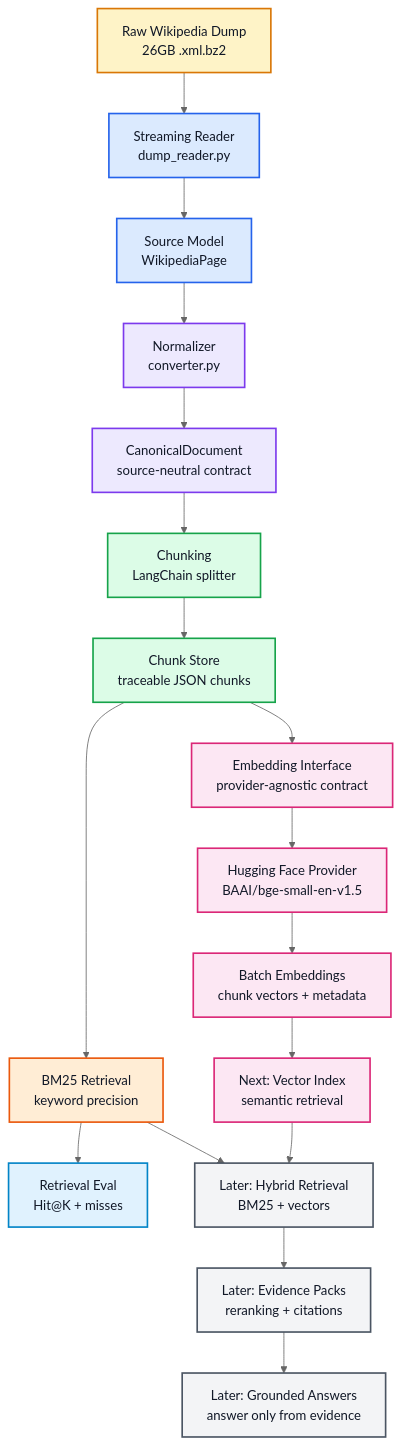
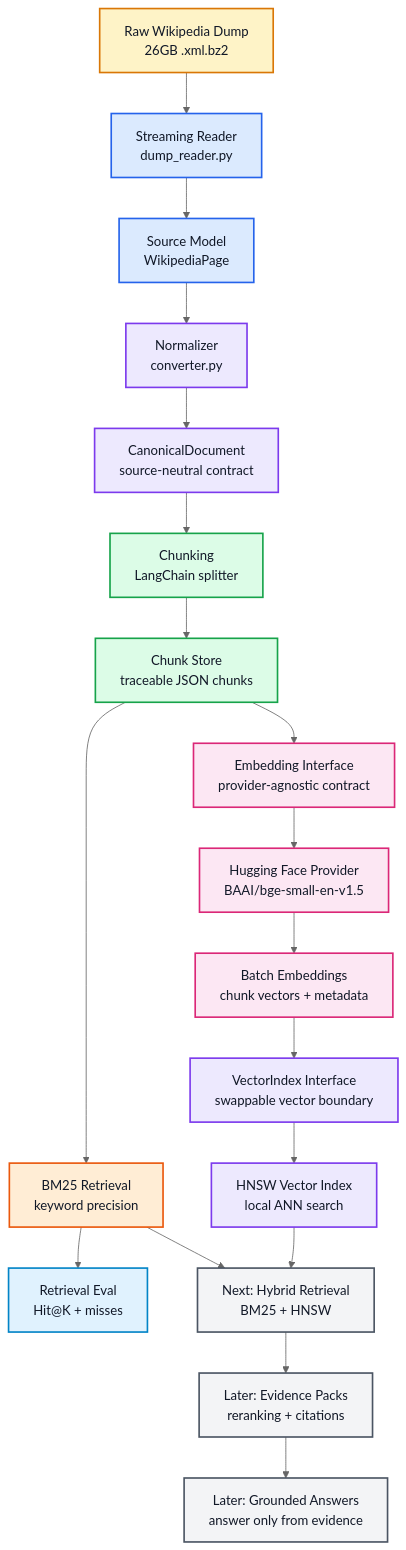
One commit to parasiitism/enterprise-rag-pipeline changed the diagram in README.md. Above: the diagram before and after it, drawn with Mermaid (neutral theme). The commit also changed other lines of this file and 7 other files, not shown here.

Commit message:
Add HNSW vector index

````diff
--- a/README.md
+++ b/README.md
@@ -122,37 +148,40 @@
 ```mermaid
 flowchart TD
     A["Raw Wikipedia Dump<br/>26GB .xml.bz2"] --> B["Streaming Reader<br/>dump_reader.py"]
     B --> C["Source Model<br/>WikipediaPage"]
     C --> D["Normalizer<br/>converter.py"]
     D --> E["CanonicalDocument<br/>source-neutral contract"]
     E --> F["Chunking<br/>LangChain splitter"]
     F --> G["Chunk Store<br/>traceable JSON chunks"]
     G --> H["BM25 Retrieval<br/>keyword precision"]
     H --> I["Retrieval Eval<br/>Hit@K + misses"]
     G --> J["Embedding Interface<br/>provider-agnostic contract"]
     J --> K["Hugging Face Provider<br/>BAAI/bge-small-en-v1.5"]
     K --> L["Batch Embeddings<br/>chunk vectors + metadata"]
-    L --> P["Next: Vector Index<br/>semantic retrieval"]
-    H --> M["Later: Hybrid Retrieval<br/>BM25 + vectors"]
-    P --> M
+    L --> P["VectorIndex Interface<br/>swappable vector boundary"]
+    P --> Q["HNSW Vector Index<br/>local ANN search"]
+    H --> M["Next: Hybrid Retrieval<br/>BM25 + HNSW"]
+    Q --> M
     M --> N["Later: Evidence Packs<br/>reranking + citations"]
     N --> O["Later: Grounded Answers<br/>answer only from evidence"]
 
     classDef raw fill:#FEF3C7,stroke:#D97706,color:#111827,stroke-width:2px;
     classDef ingest fill:#DBEAFE,stroke:#2563EB,color:#111827,stroke-width:2px;
     classDef normalize fill:#EDE9FE,stroke:#7C3AED,color:#111827,stroke-width:2px;
     classDef chunk fill:#DCFCE7,stroke:#16A34A,color:#111827,stroke-width:2px;
     classDef retrieval fill:#FFEDD5,stroke:#EA580C,color:#111827,stroke-width:2px;
     classDef eval fill:#E0F2FE,stroke:#0284C7,color:#111827,stroke-width:2px;
     classDef embed fill:#FCE7F3,stroke:#DB2777,color:#111827,stroke-width:2px;
+    classDef vector fill:#EDE9FE,stroke:#7C3AED,color:#111827,stroke-width:2px;
     classDef later fill:#F3F4F6,stroke:#4B5563,color:#111827,stroke-width:2px;
 
     class A raw;
     class B,C ingest;
     class D,E normalize;
     class F,G chunk;
     class H retrieval;
     class I eval;
-    class J,K,L,P embed;
+    class J,K,L embed;
+    class P,Q vector;
     class M,N,O later;
 ```
````
